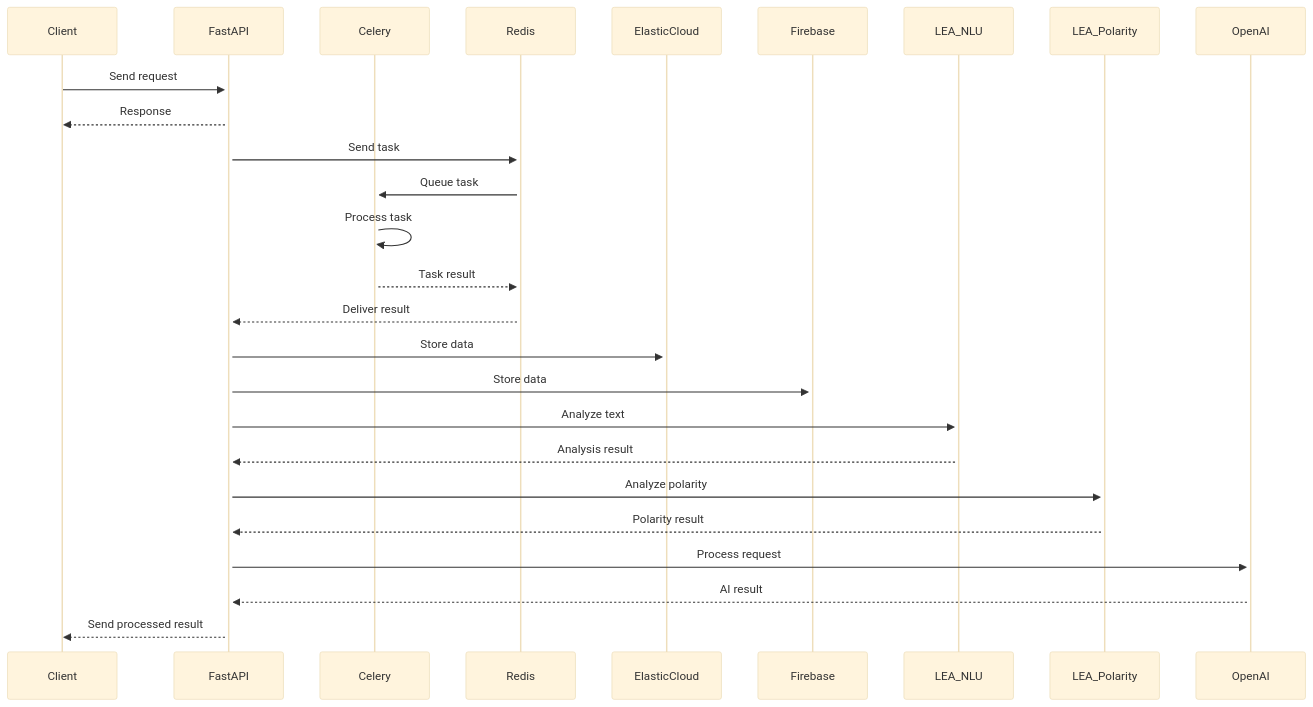
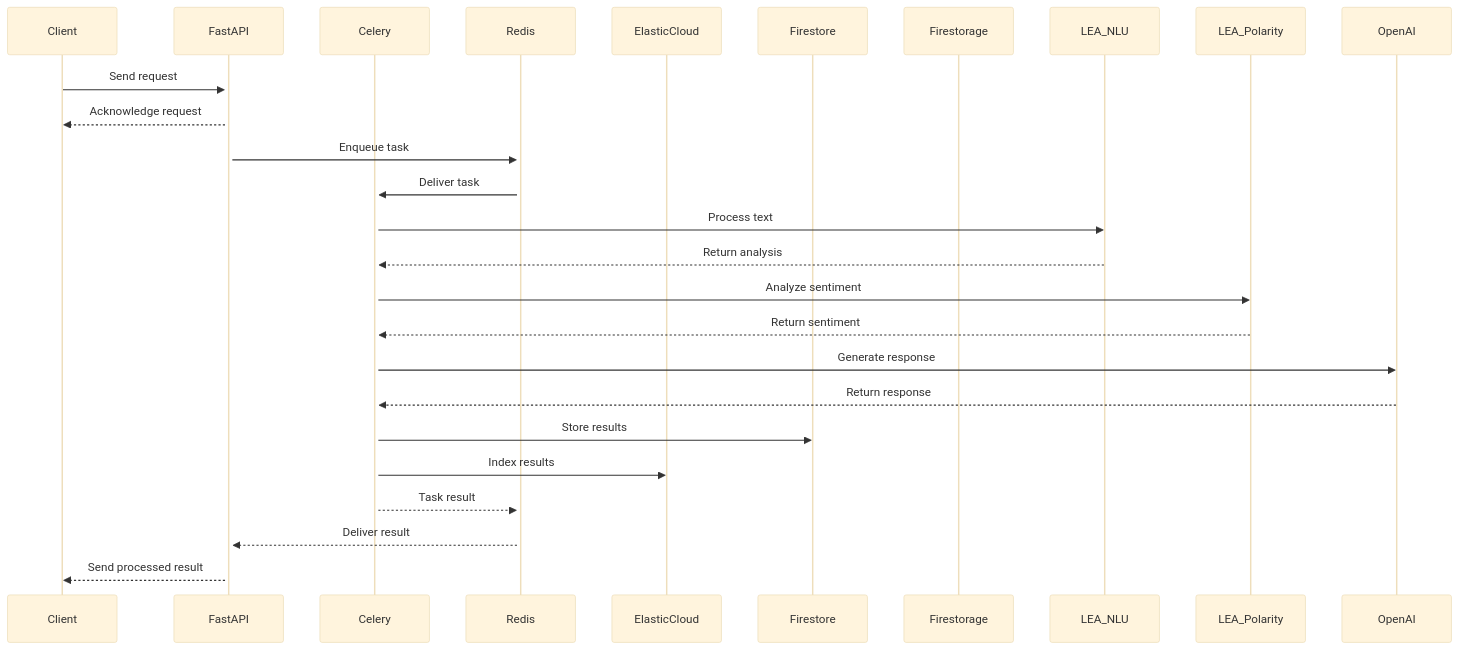
Before and after one commit to pabloyzm/testing: the diagram in README.md, drawn with Mermaid (base theme). The commit also changed other lines of this file, not shown here.

````diff
--- a/README.md
+++ b/README.md
@@ -112,29 +76,29 @@
 ```mermaid
 sequenceDiagram
     participant Client
     participant FastAPI
     participant Celery
     participant Redis
     participant ElasticCloud
-    participant Firebase
+    participant Firestore
+    participant Firestorage
     participant LEA_NLU
     participant LEA_Polarity
     participant OpenAI
 
     Client->>+FastAPI: Send request
-    FastAPI-->>Client: Response
-    FastAPI->>+Redis: Send task
-    Redis->>+Celery: Queue task
-    Celery->>Celery: Process task
+    FastAPI-->>Client: Acknowledge request
+    FastAPI->>+Redis: Enqueue task
+    Redis->>+Celery: Deliver task
+    Celery->>LEA_NLU: Process text
+    LEA_NLU-->>Celery: Return analysis
+    Celery->>LEA_Polarity: Analyze sentiment
+    LEA_Polarity-->>Celery: Return sentiment
+    Celery->>OpenAI: Generate response
+    OpenAI-->>Celery: Return response
+    Celery->>Firestore: Store results
+    Celery->>ElasticCloud: Index results
     Celery-->>Redis: Task result
     Redis-->>FastAPI: Deliver result
-    FastAPI->>+ElasticCloud: Store data
-    FastAPI->>+Firebase: Store data
-    FastAPI->>+LEA_NLU: Analyze text
-    LEA_NLU-->>FastAPI: Analysis result
-    FastAPI->>+LEA_Polarity: Analyze polarity
-    LEA_Polarity-->>FastAPI: Polarity result
-    FastAPI->>+OpenAI: Process request
-    OpenAI-->>FastAPI: AI result
     FastAPI-->>Client: Send processed result
 ```
````
